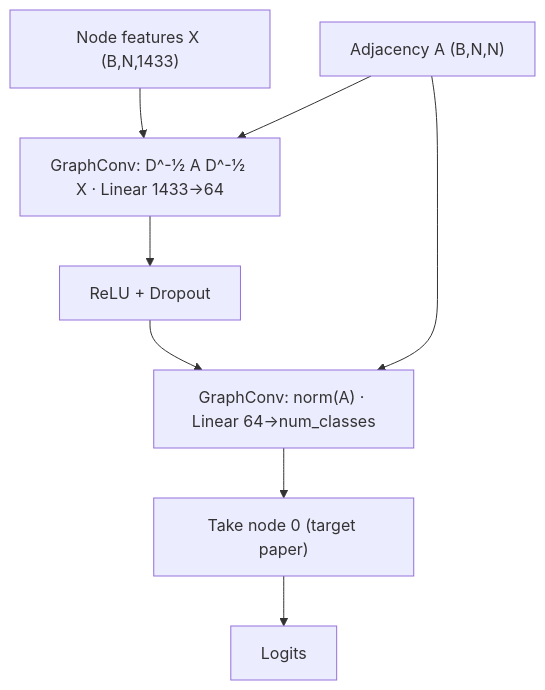
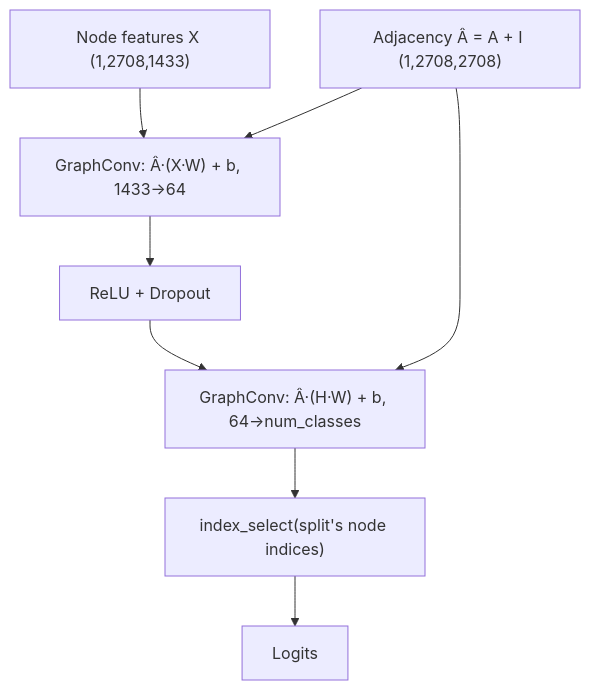
Before and after one commit to VG-Fish/PerforatedAI-Quantization-Experiment: the fifth of 22 diagrams in information/MODEL_REFERENCE.md, drawn with Mermaid. The commit also changed other lines of this file and 11 other files, not shown here.

````diff
--- a/information/MODEL_REFERENCE.md
+++ b/information/MODEL_REFERENCE.md
@@ -351,8 +434,8 @@
 ```mermaid
 flowchart TD
-    feats["Node features X (B,N,1433)"] --> gc1["GraphConv: D^-½ A D^-½ X · Linear 1433→64"]
-    adj["Adjacency A (B,N,N)"] --> gc1
-    gc1 --> r["ReLU + Dropout"] --> gc2["GraphConv: norm(A) · Linear 64→num_classes"]
+    feats["Node features X (1,2708,1433)"] --> gc1["GraphConv: Â·(X·W) + b, 1433→64"]
+    adj["Adjacency Â = A + I (1,2708,2708)"] --> gc1
+    gc1 --> r["ReLU + Dropout"] --> gc2["GraphConv: Â·(H·W) + b, 64→num_classes"]
     adj --> gc2
-    gc2 --> sel["Take node 0 (target paper)"] --> out["Logits"]
+    gc2 --> sel["index_select(split's node indices)"] --> out["Logits"]
 ```
````
